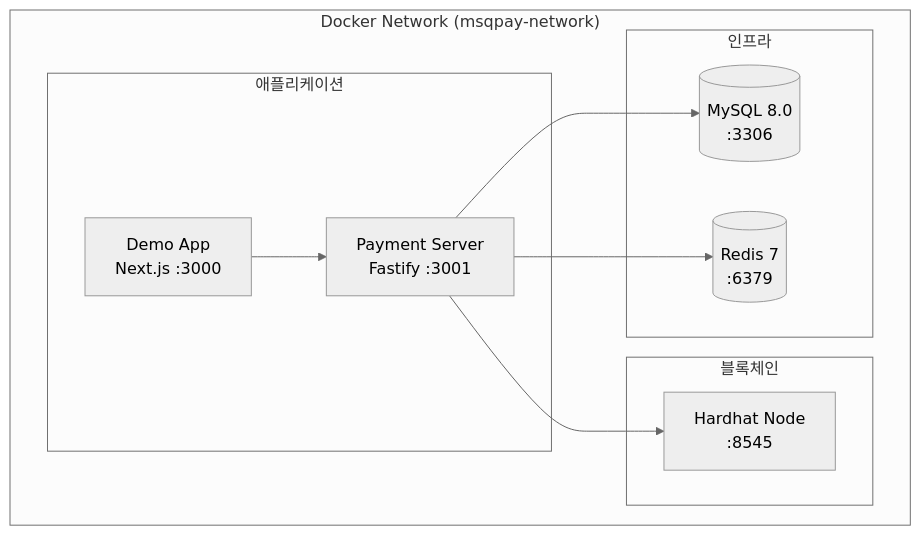
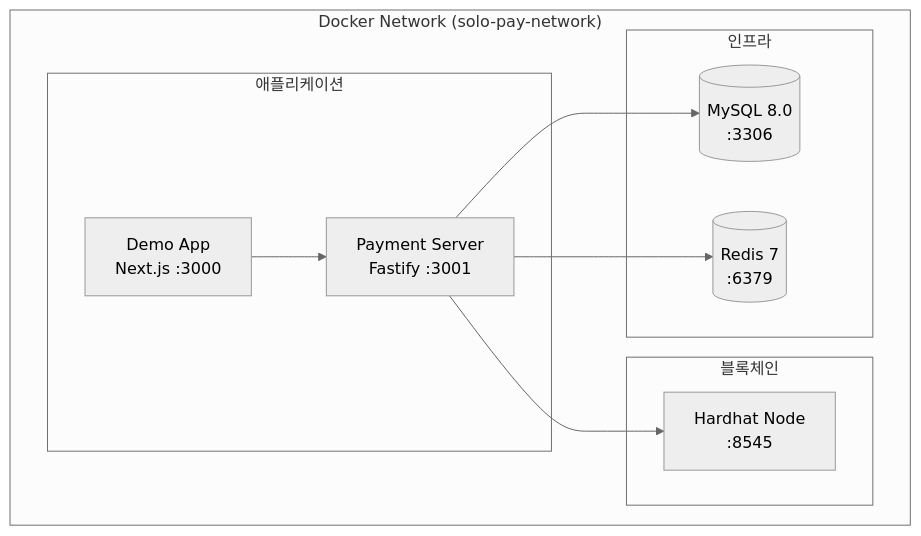
Before and after one commit to globalmsq/solo-pay: the fourth of 5 diagrams in docs/reference/architecture.ko.md, drawn with Mermaid (neutral theme). The commit also changed other lines of this file and 300 other files, not shown here.

````diff
--- a/docs/reference/architecture.ko.md
+++ b/docs/reference/architecture.ko.md
@@ -132,23 +132,23 @@
 ```mermaid
 flowchart TB
-    subgraph Docker["Docker Network (msqpay-network)"]
+    subgraph Docker["Docker Network (solo-pay-network)"]
         subgraph Infra["인프라"]
             MySQL[(MySQL 8.0<br/>:3306)]
             Redis[(Redis 7<br/>:6379)]
         end
 
         subgraph Blockchain["블록체인"]
             Hardhat[Hardhat Node<br/>:8545]
         end
 
         subgraph Apps["애플리케이션"]
             Server[Payment Server<br/>Fastify :3001]
             Demo[Demo App<br/>Next.js :3000]
         end
     end
 
     Server --> MySQL
     Server --> Redis
     Server --> Hardhat
     Demo --> Server
 ```
````
